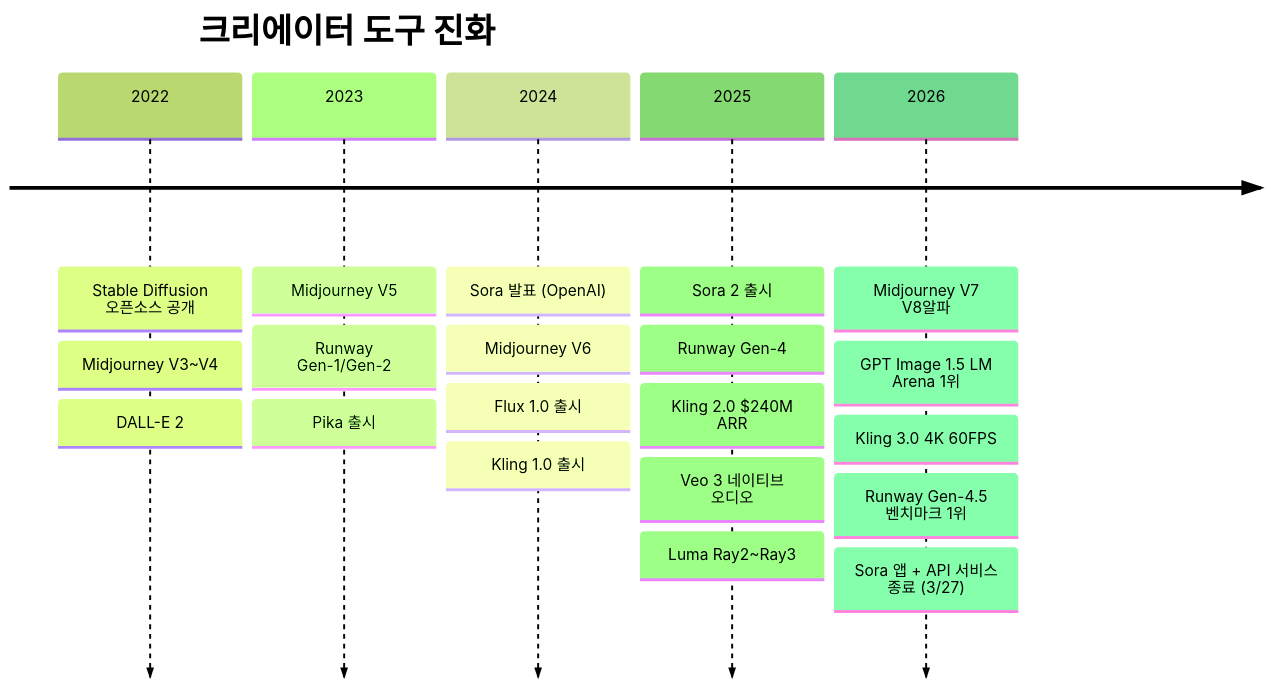
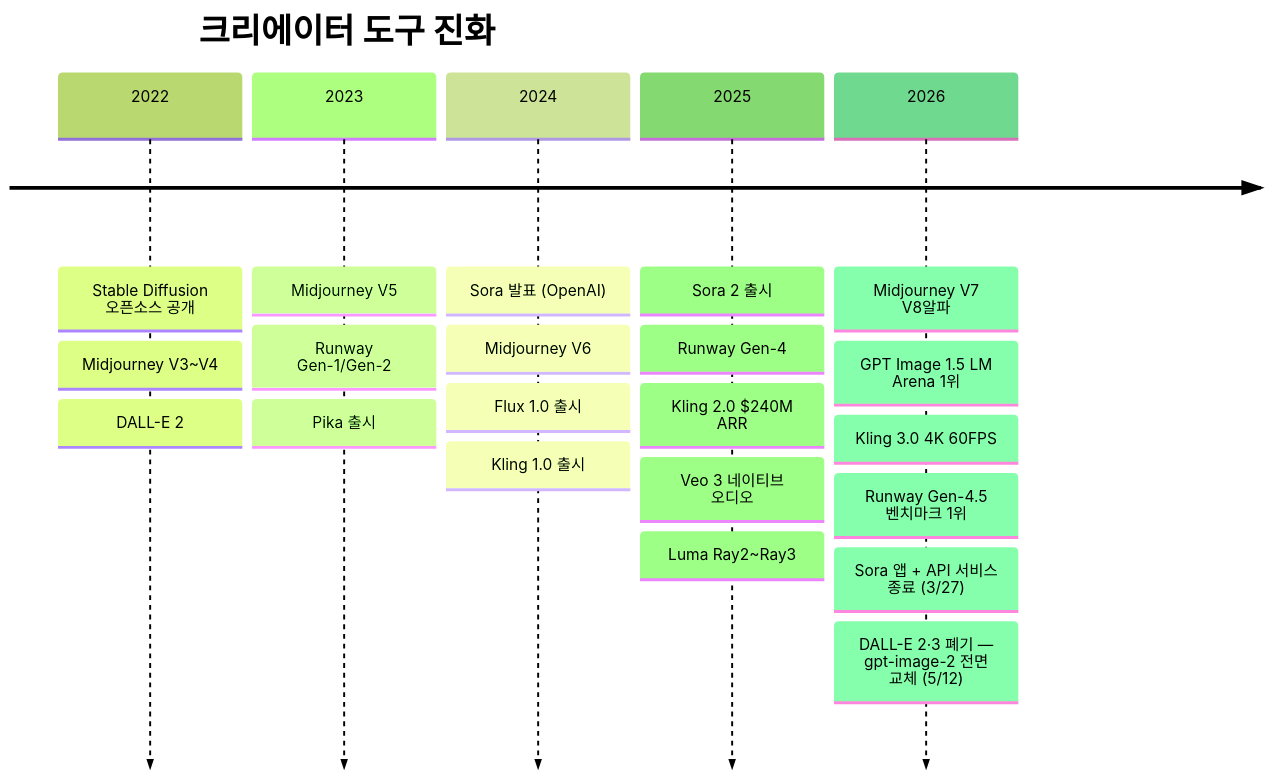
The eighth of 11 diagrams in README_ko.md (tykimos/ai-whatchelin), drawn with Mermaid (forest theme) before and after one commit. The commit also changed other lines of this file and 4 other files, not shown here.

````diff
--- a/README_ko.md
+++ b/README_ko.md
@@ -811,24 +816,25 @@
 ```mermaid
 timeline
     title 크리에이터 도구 진화
     2022 : Stable Diffusion 오픈소스 공개
          : Midjourney V3~V4
          : DALL-E 2
     2023 : Midjourney V5
          : Runway Gen-1/Gen-2
          : Pika 출시
     2024 : Sora 발표 (OpenAI)
          : Midjourney V6
          : Flux 1.0 출시
          : Kling 1.0 출시
     2025 : Sora 2 출시
          : Runway Gen-4
          : Kling 2.0 $240M ARR
          : Veo 3 네이티브 오디오
          : Luma Ray2~Ray3
     2026 : Midjourney V7 V8알파
          : GPT Image 1.5 LM Arena 1위
          : Kling 3.0 4K 60FPS
          : Runway Gen-4.5 벤치마크 1위
          : Sora 앱 + API 서비스 종료 (3/27)
+         : DALL-E 2·3 폐기 — gpt-image-2 전면 교체 (5/12)
 ```
````
